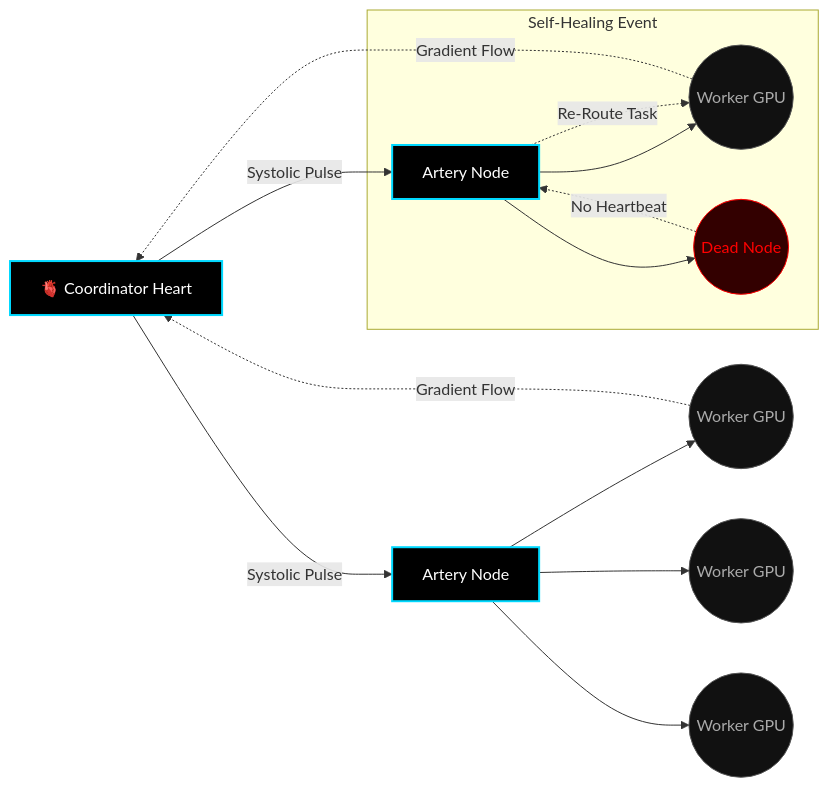
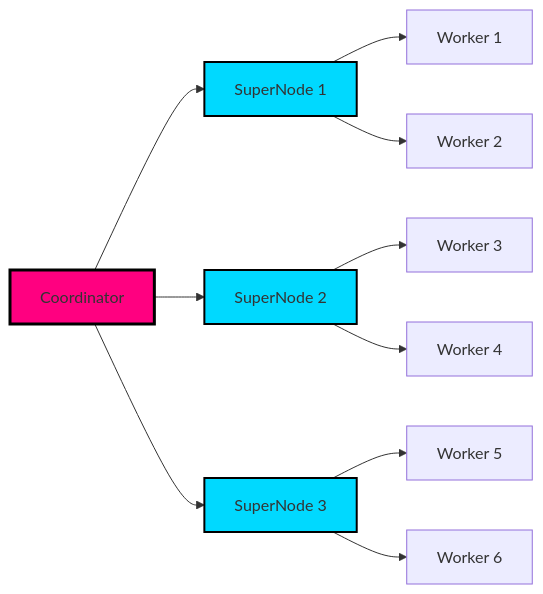
One commit to AshwinRenjith/ashwinrenjith changed the second of 2 diagrams in readme.md. Above: the diagram before and after it, drawn with Mermaid. The commit also changed other lines of this file, not shown here.

````diff
--- a/readme.md
+++ b/readme.md
@@ -367,28 +510,17 @@
 ```mermaid
 graph LR
-    classDef core fill:#000,stroke:#00d9ff,stroke-width:2px,color:#fff
-    classDef node fill:#111,stroke:#555,stroke-width:1px,color:#aaa
-    classDef dead fill:#330000,stroke:#ff0000,stroke-width:1px,color:#ff0000
+    A[Coordinator] --> B[SuperNode 1]
+    A --> C[SuperNode 2]
+    A --> D[SuperNode 3]
+    B --> E[Worker 1]
+    B --> F[Worker 2]
+    C --> G[Worker 3]
+    C --> H[Worker 4]
+    D --> I[Worker 5]
+    D --> J[Worker 6]
     
-    Heart[🫀 Coordinator Heart] -->|Systolic Pulse| A1[Artery Node]
-    Heart -->|Systolic Pulse| A2[Artery Node]
-    
-    A1 --> C1((Worker GPU))
-    A1 --> C2((Worker GPU))
-    A1 --> C3((Worker GPU))
-    
-    A2 --> C4((Worker GPU))
-    A2 --> D1((Dead Node))
-    
-    C1 -.->|Gradient Flow| Heart
-    C4 -.->|Gradient Flow| Heart
-    
-    subgraph "Self-Healing Event"
-        D1 -.->|No Heartbeat| A2
-        A2 -.->|Re-Route Task| C4
-    end
-
-    class Heart,A1,A2 core
-    class C1,C2,C3,C4 node
-    class D1 dead
+    style A fill:#ff0080,stroke:#000,stroke-width:3px
+    style B fill:#00d9ff,stroke:#000,stroke-width:2px
+    style C fill:#00d9ff,stroke:#000,stroke-width:2px
+    style D fill:#00d9ff,stroke:#000,stroke-width:2px
 ```
````
